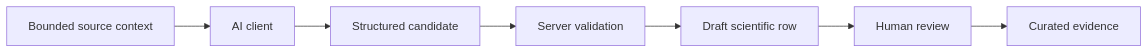
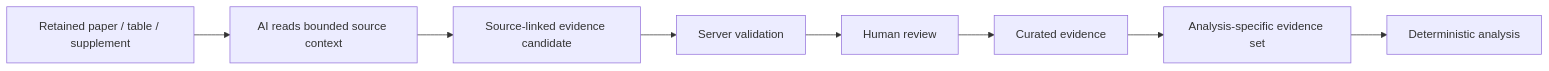
Before and after one commit to Niedharsan/meta-analysis-platform: the diagram in docs/ai-integration.md, drawn with Mermaid. The commit also changed other lines of this file, not shown here.

Commit message:
Clarify replaceable AI client and cost rationale

````diff
--- a/docs/ai-integration.md
+++ b/docs/ai-integration.md
@@ -7,9 +56,10 @@
 ```mermaid
 flowchart LR
-    A[Bounded source context] --> B[AI client]
-    B --> C[Structured candidate]
+    A[Retained paper / table / supplement] --> B[AI reads bounded source context]
+    B --> C[Source-linked evidence candidate]
     C --> D[Server validation]
-    D --> E[Draft scientific row]
-    E --> F[Human review]
-    F --> G[Curated evidence]
+    D --> E[Human review]
+    E --> F[Curated evidence]
+    F --> G[Analysis-specific evidence set]
+    G --> H[Deterministic analysis]
 ```
````
